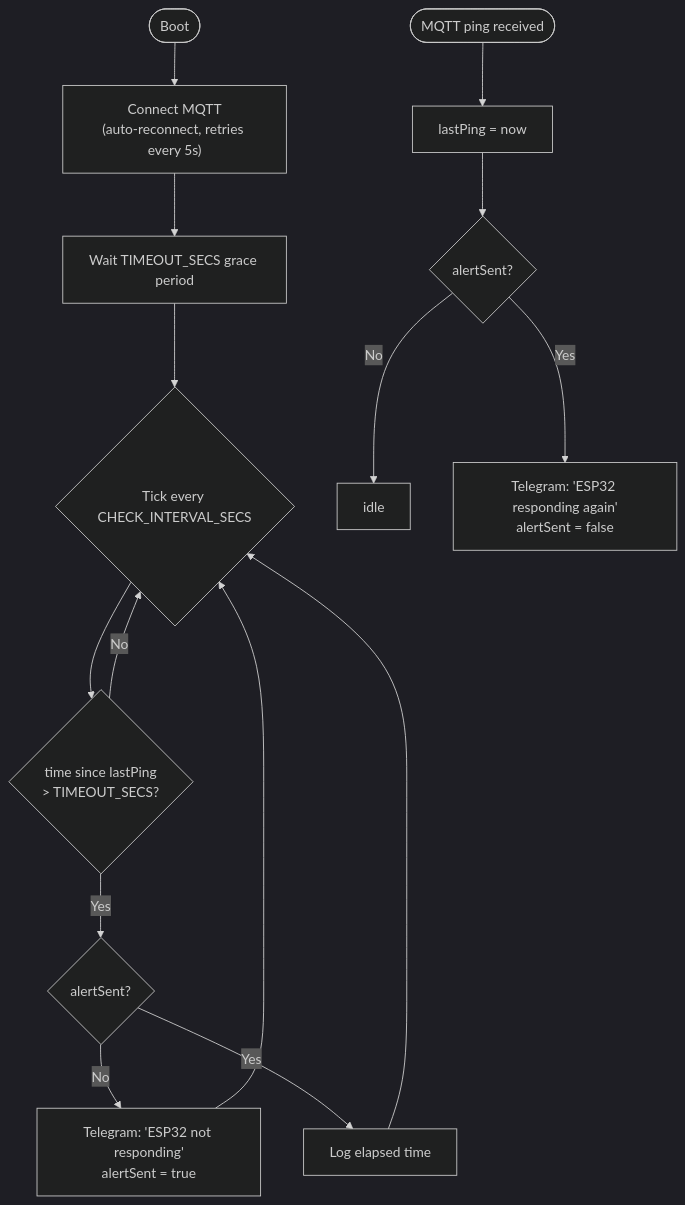
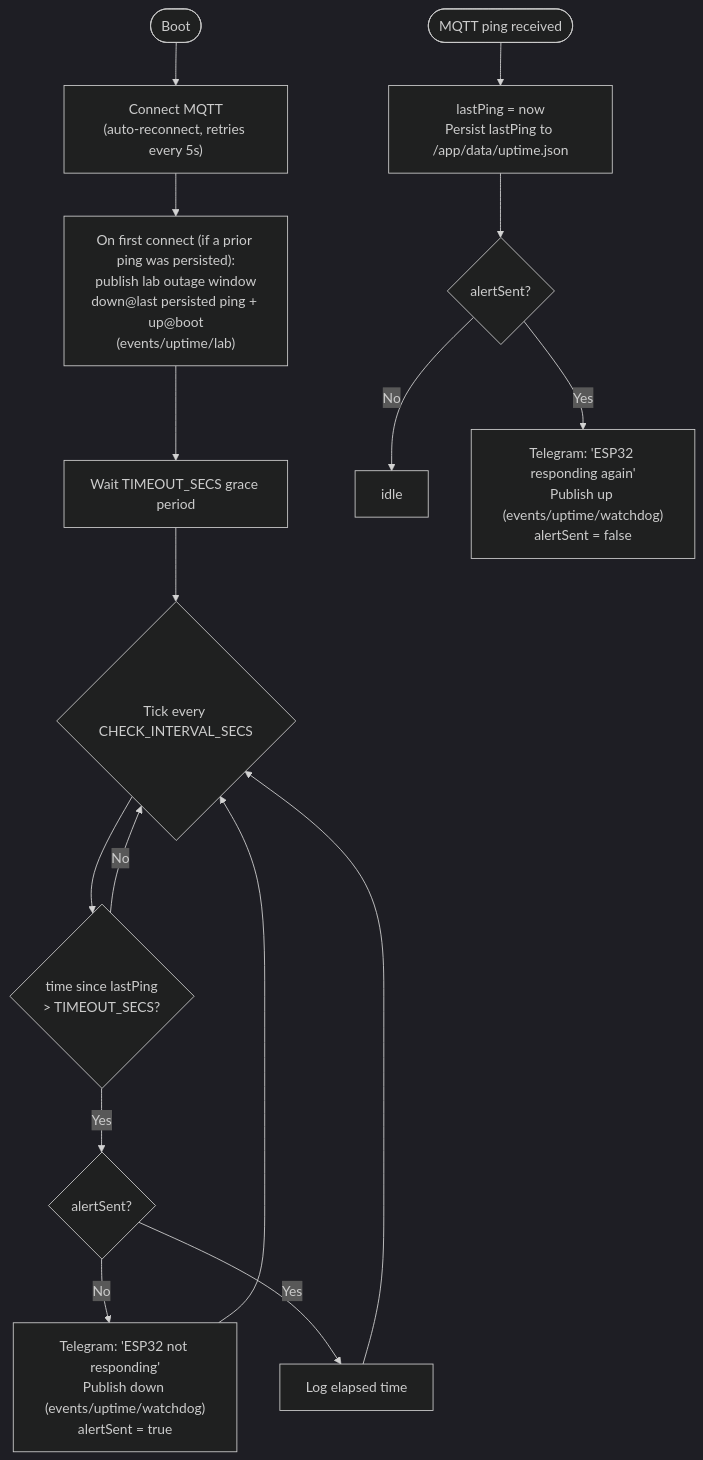
Before and after one commit to OscarCarPu/mutual-watchdog: the third of 3 diagrams in docs/flow_state.md, drawn with Mermaid (dark theme). The commit also changed other lines of this file and 5 other files, not shown here.

First line of the commit message:
feat: publish derived uptime events to MQTT

````diff
--- a/docs/flow_state.md
+++ b/docs/flow_state.md
@@ -53,19 +56,20 @@
 ```mermaid
 flowchart TD
     Boot([Boot]) --> Connect["Connect MQTT\n(auto-reconnect, retries every 5s)"]
-    Connect --> Grace[Wait TIMEOUT_SECS grace period]
+    Connect --> LabEvent["On first connect (if a prior ping was persisted):\npublish lab outage window\ndown@last persisted ping + up@boot\n(events/uptime/lab)"]
+    LabEvent --> Grace[Wait TIMEOUT_SECS grace period]
     Grace --> Tick
 
     Tick{Tick every CHECK_INTERVAL_SECS} --> Elapsed{time since lastPing\n> TIMEOUT_SECS?}
     Elapsed -->|No| Tick
     Elapsed -->|Yes| AlertSent{alertSent?}
-    AlertSent -->|No| SendDown["Telegram: 'ESP32 not responding'\nalertSent = true"]
+    AlertSent -->|No| SendDown["Telegram: 'ESP32 not responding'\nPublish down (events/uptime/watchdog)\nalertSent = true"]
     AlertSent -->|Yes| Log[Log elapsed time]
     SendDown --> Tick
     Log --> Tick 
 
-    Ping([MQTT ping received]) --> Update[lastPing = now]
+    Ping([MQTT ping received]) --> Update["lastPing = now\nPersist lastPing to /app/data/uptime.json"]
     Update --> WasAlert{alertSent?}
     WasAlert -->|No| Idle[idle]
-    WasAlert -->|Yes| SendRecovery["Telegram: 'ESP32 responding again'\nalertSent = false"]
+    WasAlert -->|Yes| SendRecovery["Telegram: 'ESP32 responding again'\nPublish up (events/uptime/watchdog)\nalertSent = false"]
 ```
````
